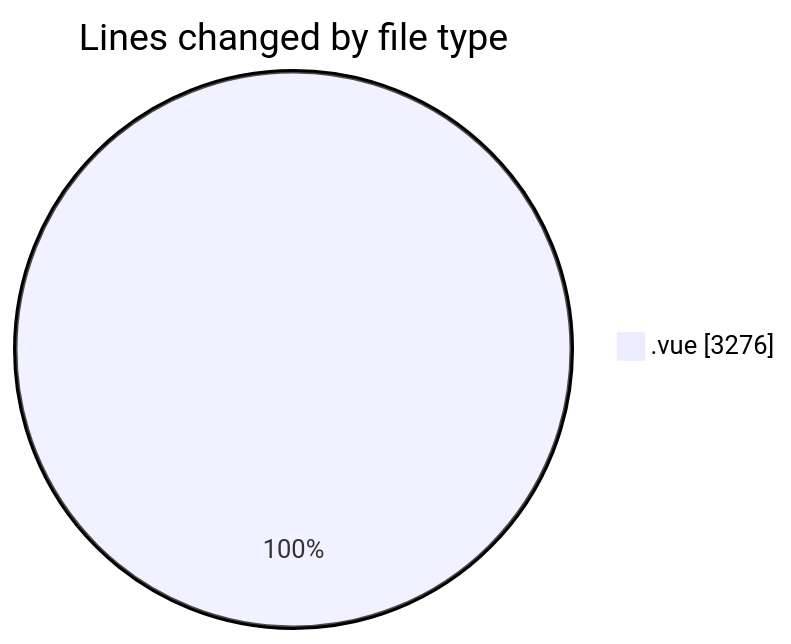
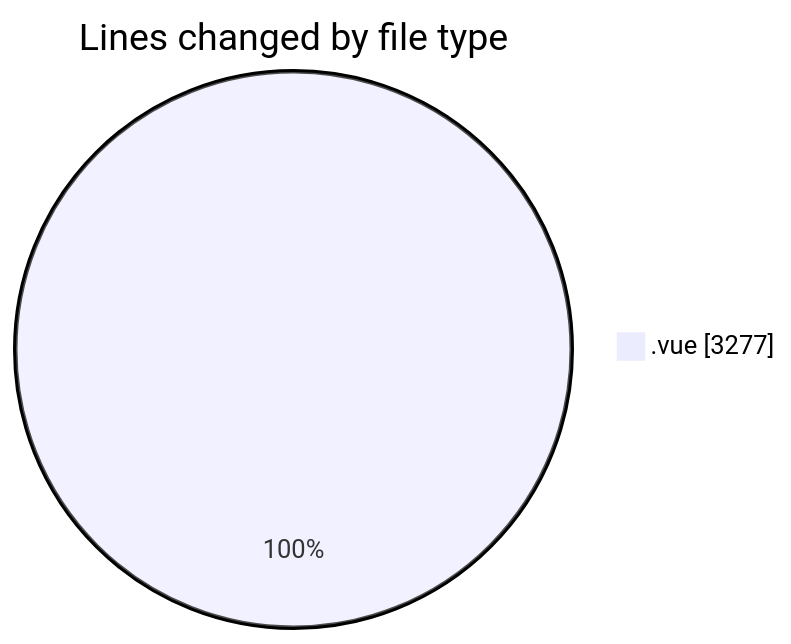
Before and after one commit to robertbonfada/code-tracking: the first of 2 diagrams in 2025-03-14/lumine-web/README.md, drawn with Mermaid. The commit also changed other lines of this file and 1 other file, not shown here.

````diff
--- a/2025-03-14/lumine-web/README.md
+++ b/2025-03-14/lumine-web/README.md
@@ -31,5 +31,5 @@
 ```mermaid
 pie showData
 title Lines changed by file type
-".vue" : 3276
+".vue" : 3277
 ```
````
